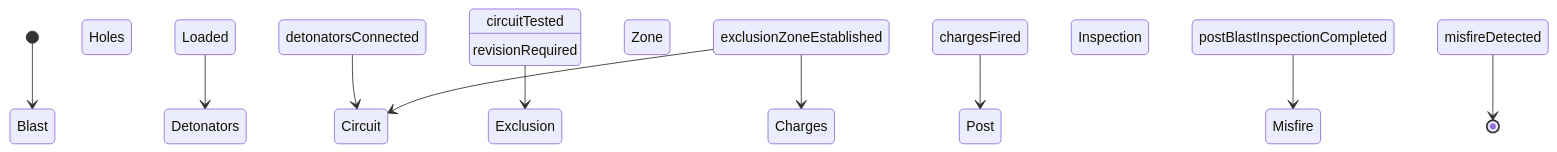
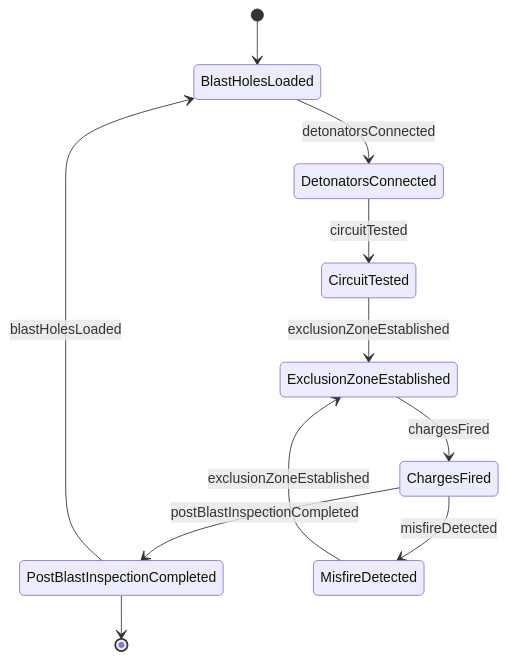
Before and after one commit to dot-org-ai/tasks.org.ai: the second of 4 diagrams in ControllingMachinesAndProcesses/OperateConstructionOrExcavationEquipment/OperateDetonationEquipment.mdx, drawn with Mermaid. The commit also changed other lines of this file and 515 other files, not shown here.

````diff
--- a/ControllingMachinesAndProcesses/OperateConstructionOrExcavationEquipment/OperateDetonationEquipment.mdx
+++ b/ControllingMachinesAndProcesses/OperateConstructionOrExcavationEquipment/OperateDetonationEquipment.mdx
@@ -98,12 +98,13 @@
 ```mermaid
 stateDiagram-v2
-    [*] --> Blast Holes Loaded
-    Blast Holes Loaded --> Detonators Connected : detonatorsConnected
-    Detonators Connected --> Circuit Tested : circuitTested
-    Circuit Tested --> Exclusion Zone Established : exclusionZoneEstablished
-    Exclusion Zone Established --> Charges Fired : chargesFired
-    Charges Fired --> Post Blast Inspection Completed : postBlastInspectionCompleted
-    Post Blast Inspection Completed --> Misfire Detected : misfireDetected
-    Exclusion Zone Established --> Circuit Tested : revisionRequired
-    Misfire Detected --> [*]
+    [*] --> BlastHolesLoaded
+    BlastHolesLoaded --> DetonatorsConnected : detonatorsConnected
+    DetonatorsConnected --> CircuitTested : circuitTested
+    CircuitTested --> ExclusionZoneEstablished : exclusionZoneEstablished
+    ExclusionZoneEstablished --> ChargesFired : chargesFired
+    ChargesFired --> PostBlastInspectionCompleted : postBlastInspectionCompleted
+    ChargesFired --> MisfireDetected : misfireDetected
+    MisfireDetected --> ExclusionZoneEstablished : exclusionZoneEstablished
+    PostBlastInspectionCompleted --> BlastHolesLoaded : blastHolesLoaded
+    PostBlastInspectionCompleted --> [*]
 ```
````
